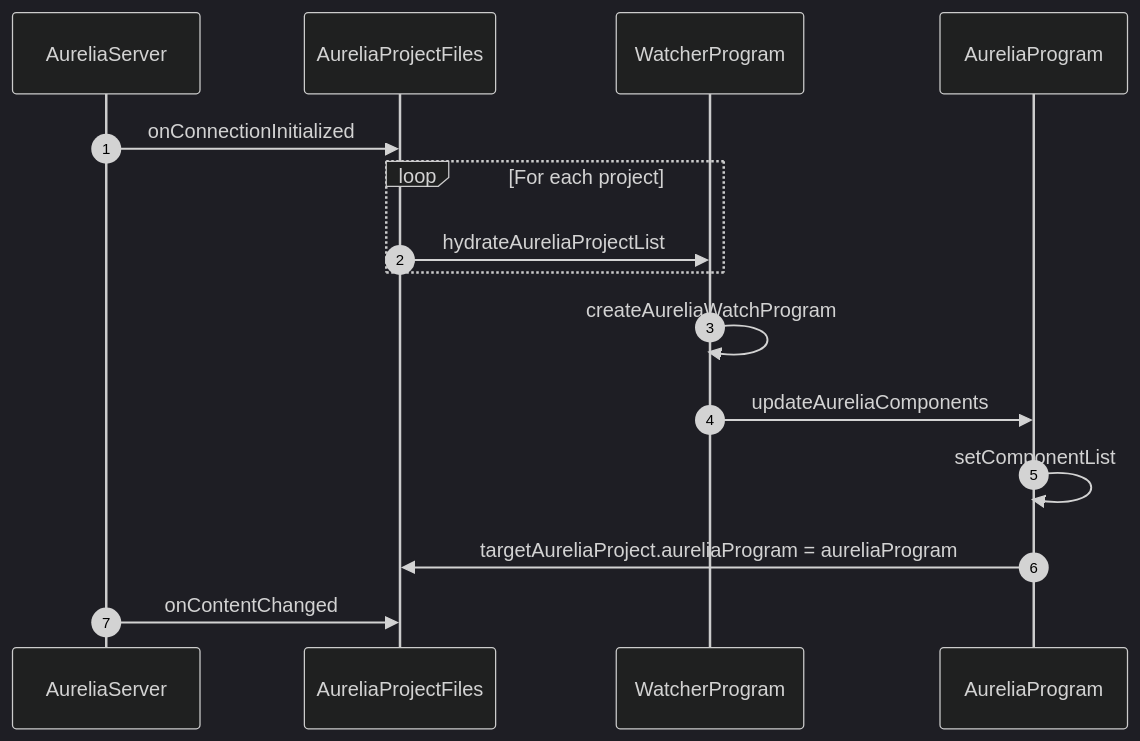
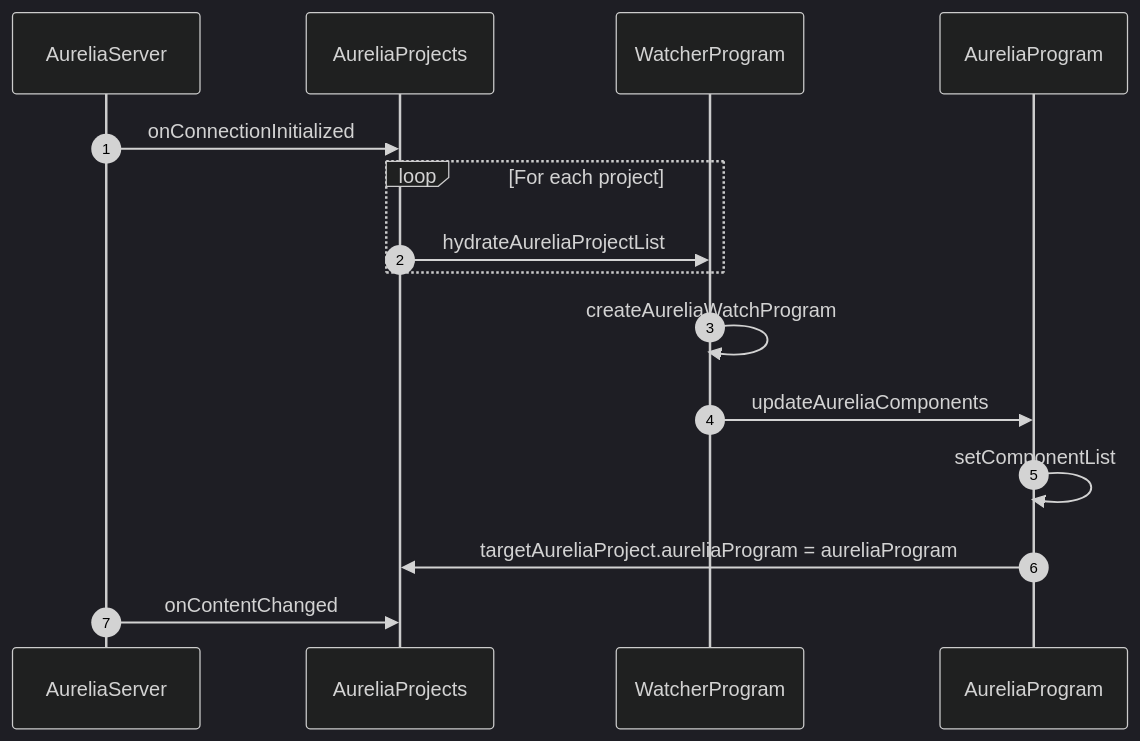
One commit to aurelia/vscode-extension changed the second of 2 diagrams in docs/architecture-graph.md. Above: the diagram before and after it, drawn with Mermaid (dark theme). The commit also changed other lines of this file and 2 other files, not shown here.

Commit message:
refac(server.tsMorph): split up function

````diff
--- a/docs/architecture-graph.md
+++ b/docs/architecture-graph.md
@@ -26,20 +21,20 @@
 ```mermaid
 sequenceDiagram
     autonumber
     participant AureliaServer
-    participant AureliaProjectFiles
+    participant AureliaProjects
     participant WatcherProgram
     participant AureliaProgram
 
-    AureliaServer->>AureliaProjectFiles: onConnectionInitialized
+    AureliaServer->>AureliaProjects: onConnectionInitialized
 
     loop For each project
-      AureliaProjectFiles ->> WatcherProgram: hydrateAureliaProjectList
+      AureliaProjects ->> WatcherProgram: hydrateAureliaProjectList
     end
     WatcherProgram ->> WatcherProgram: createAureliaWatchProgram
     WatcherProgram ->> AureliaProgram: updateAureliaComponents
     AureliaProgram ->> AureliaProgram: setComponentList
-    AureliaProgram ->> AureliaProjectFiles: targetAureliaProject.aureliaProgram = aureliaProgram
+    AureliaProgram ->> AureliaProjects: targetAureliaProject.aureliaProgram = aureliaProgram
 
-    AureliaServer->>AureliaProjectFiles: onContentChanged
+    AureliaServer->>AureliaProjects: onContentChanged
 ```
````
